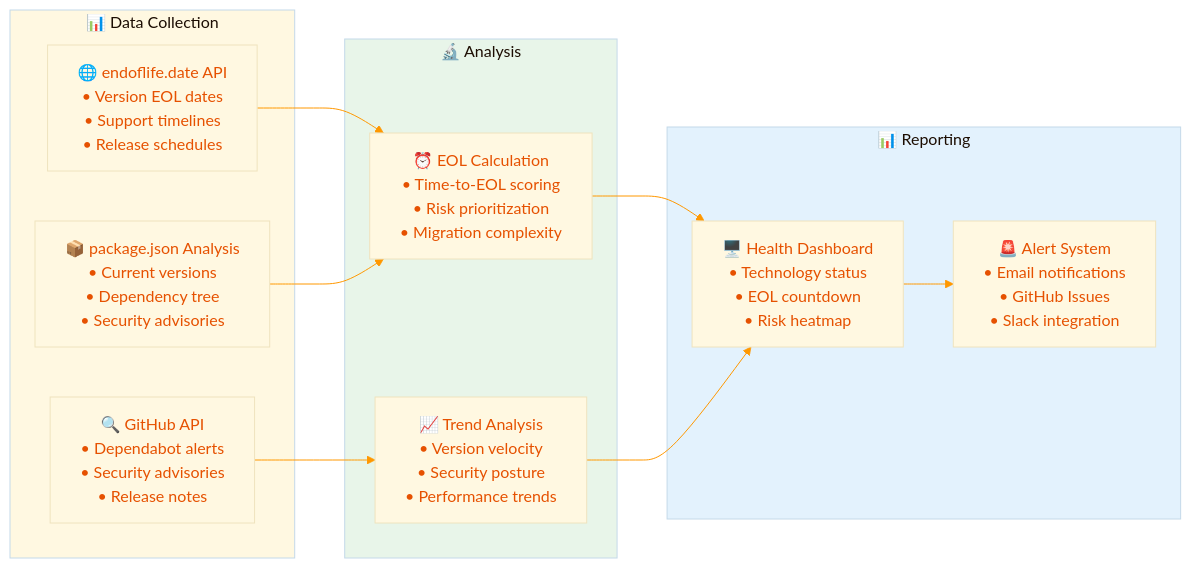
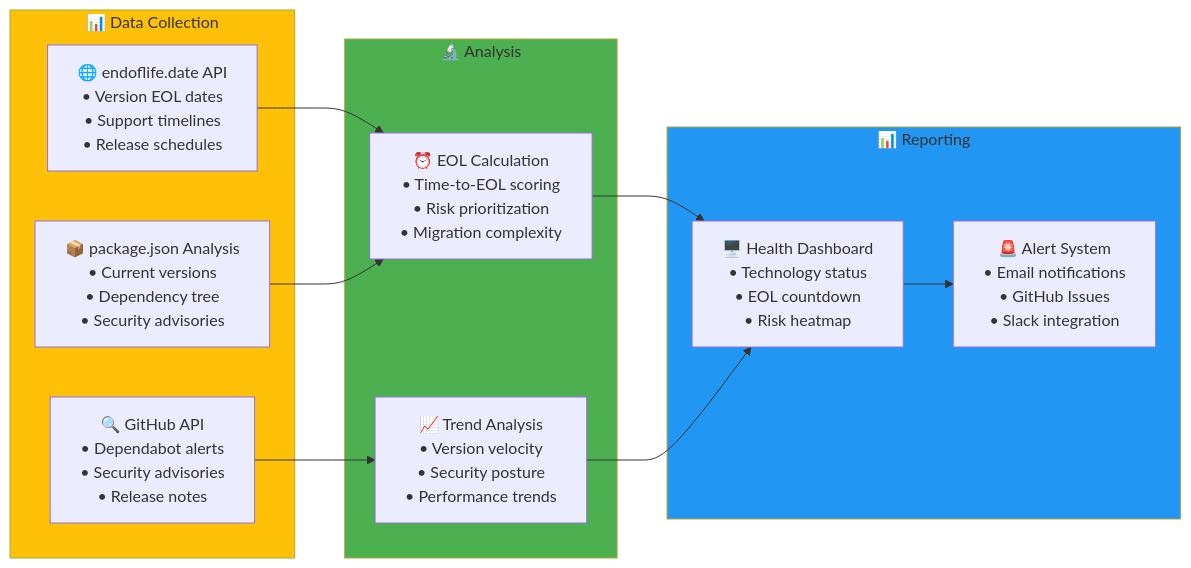
Before and after one commit to Hack23/cia-compliance-manager: the eighth of 9 diagrams in docs/End-of-Life-Strategy.md, drawn with Mermaid. The commit also changed other lines of this file and 18 other files, not shown here.

````diff
--- a/docs/End-of-Life-Strategy.md
+++ b/docs/End-of-Life-Strategy.md
@@ -732,41 +704,34 @@
 ```mermaid
 %%{
   init: {
-    'theme': 'base',
-    'themeVariables': {
-      'primaryColor': '#fff8e1',
-      'primaryTextColor': '#e65100',
-      'lineColor': '#ff9800',
-      'secondaryColor': '#e8f5e9',
-      'tertiaryColor': '#e3f2fd'
-    }
-  }
+    'theme': 'neutral',
+}
 }%%
 flowchart LR
     subgraph COLLECTION["📊 Data Collection"]
         EOL_API["🌐 endoflife.date API<br/>• Version EOL dates<br/>• Support timelines<br/>• Release schedules"]
         PACKAGE_JSON["📦 package.json Analysis<br/>• Current versions<br/>• Dependency tree<br/>• Security advisories"]
         GITHUB_API["🔍 GitHub API<br/>• Dependabot alerts<br/>• Security advisories<br/>• Release notes"]
     end
 
     subgraph ANALYSIS["🔬 Analysis"]
         EOL_CALC["⏰ EOL Calculation<br/>• Time-to-EOL scoring<br/>• Risk prioritization<br/>• Migration complexity"]
         TREND_ANALYSIS["📈 Trend Analysis<br/>• Version velocity<br/>• Security posture<br/>• Performance trends"]
     end
 
     subgraph REPORTING["📊 Reporting"]
         DASHBOARD["🖥️ Health Dashboard<br/>• Technology status<br/>• EOL countdown<br/>• Risk heatmap"]
         ALERTS["🚨 Alert System<br/>• Email notifications<br/>• GitHub Issues<br/>• Slack integration"]
     end
 
     EOL_API --> EOL_CALC
     PACKAGE_JSON --> EOL_CALC
     GITHUB_API --> TREND_ANALYSIS
     EOL_CALC --> DASHBOARD
     TREND_ANALYSIS --> DASHBOARD
     DASHBOARD --> ALERTS
 
-    style COLLECTION fill:#fff8e1
-    style ANALYSIS fill:#e8f5e9
-    style REPORTING fill:#e3f2fd
+    style COLLECTION fill:#FFC107
+    style ANALYSIS fill:#4CAF50
+    style REPORTING fill:#2196F3
 ```
````
